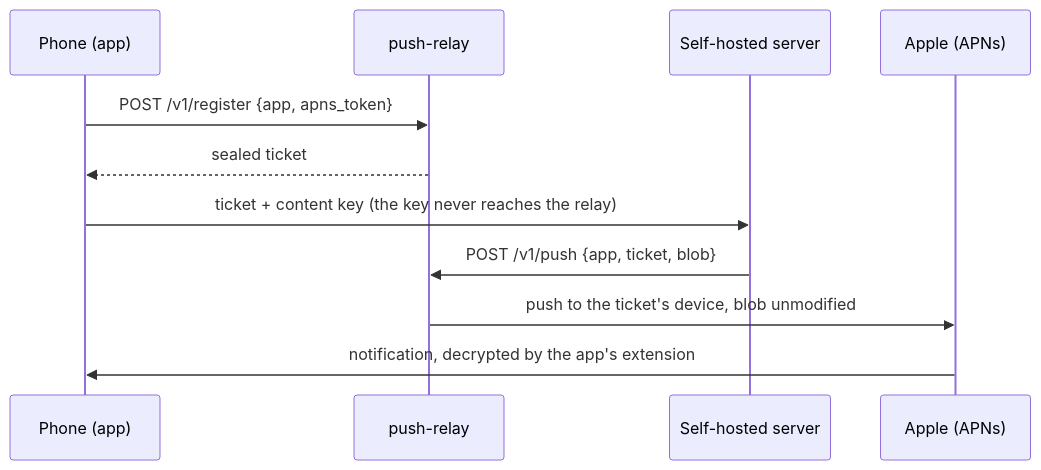
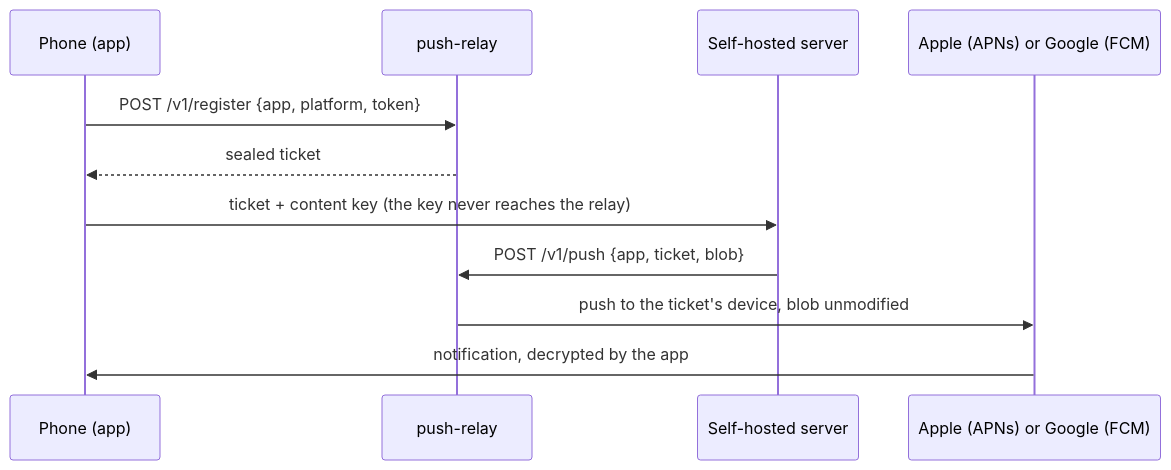
Before and after one commit to frederikberg/push-relay: the diagram in README.md, drawn with Mermaid. The commit also changed other lines of this file and 23 other files, not shown here.

First line of the commit message:
Deliver to Android through FCM beside APNs

````diff
--- a/README.md
+++ b/README.md
@@ -26,13 +28,13 @@
 ```mermaid
 sequenceDiagram
     participant P as Phone (app)
     participant R as push-relay
     participant S as Self-hosted server
-    participant A as Apple (APNs)
-    P->>R: POST /v1/register {app, apns_token}
+    participant A as Apple (APNs) or Google (FCM)
+    P->>R: POST /v1/register {app, platform, token}
     R-->>P: sealed ticket
     P->>S: ticket + content key (the key never reaches the relay)
     S->>R: POST /v1/push {app, ticket, blob}
     R->>A: push to the ticket's device, blob unmodified
-    A->>P: notification, decrypted by the app's extension
+    A->>P: notification, decrypted by the app
 ```
````
